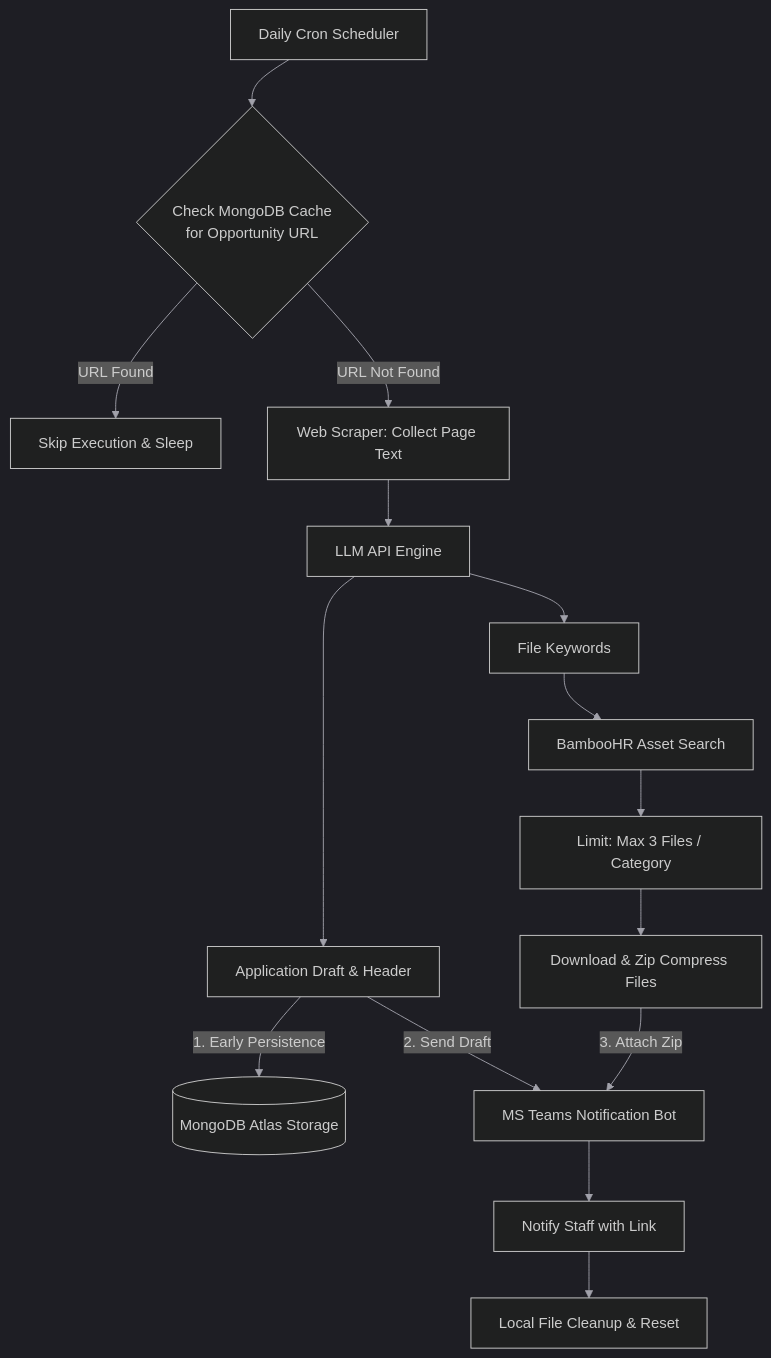
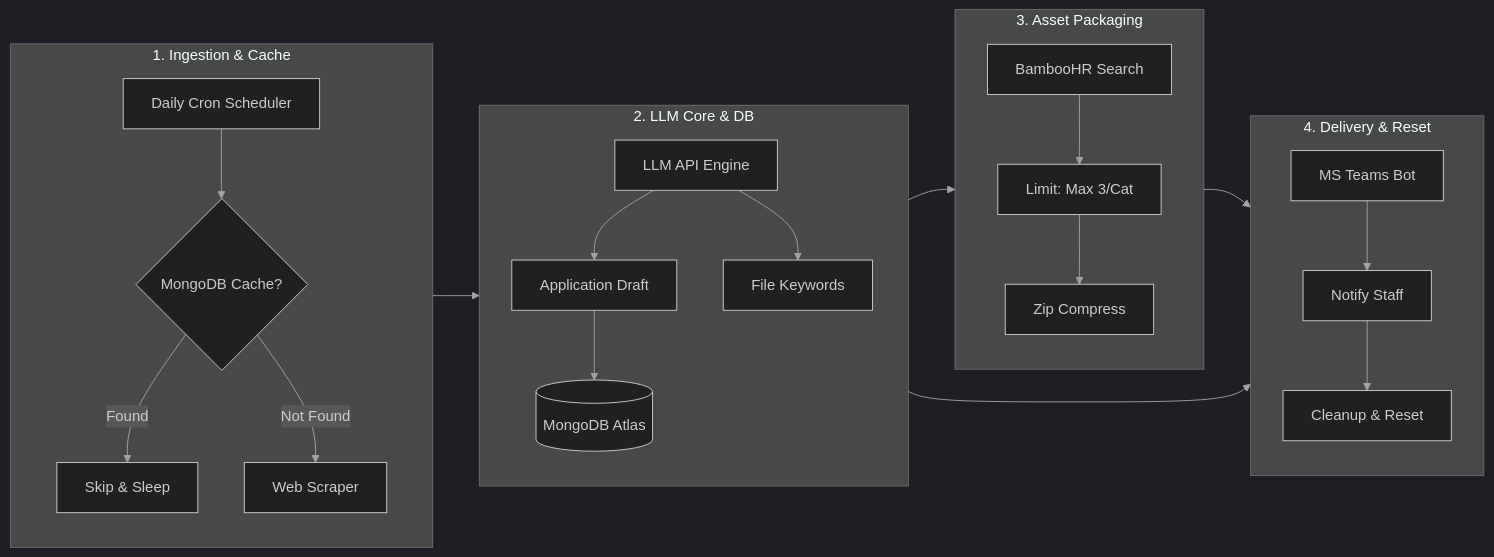
The diagram in Agentic-AI-system/README.md (wevans02/Meta-Employment-Services-Internship), drawn with Mermaid before and after one commit.

Commit message:
reverting to old formatting

````diff
--- a/Agentic-AI-system/README.md
+++ b/Agentic-AI-system/README.md
@@ -7,27 +7,37 @@
 ```mermaid
 %%{init: { 'theme': 'dark', 'themeVariables': { 'lineColor': '#a1a1aa', 'labelColor': '#ffffff', 'primaryColor': '#1e293b', 'primaryTextColor': '#ffffff', 'actorLineColor': '#ffffff' }}}%%
-graph TD
-    %% Left Side: Ingestion & Core Generation
-    Cron[Daily Cron Scheduler] --> CheckCache{Check MongoDB Cache<br/>for Opportunity URL}
-    CheckCache -->|URL Found| Skip[Skip Execution & Sleep]
-    CheckCache -->|URL Not Found| Scraper[Web Scraper: Collect Page Text]
-    
-    Scraper --> LLM[LLM API Engine]
-    LLM --> Draft[Application Draft & Header]
-    LLM --> Keywords[File Keywords]
-    Draft -->|1. Early Persistence| Mongo[(MongoDB Atlas Storage)]
+graph LR
+    %% Column 1: Ingestion & Deduplication
+    subgraph Ingestion [1. Ingestion & Cache]
+        direction TB
+        Cron[Daily Cron Scheduler] --> CheckCache{MongoDB Cache?}
+        CheckCache -->|Found| Skip[Skip & Sleep]
+        CheckCache -->|Not Found| Scraper[Web Scraper]
+    end
 
-    %% Side-by-Side Anchor (Invisible link forces 2-column alignment)
-    Cron ~~~ Bamboo
+    %% Column 2: LLM Engine & Early Storage
+    subgraph Core [2. LLM Core & DB]
+        direction TB
+        Scraper --> LLM[LLM API Engine]
+        LLM --> Draft[Application Draft]
+        LLM --> Keywords[File Keywords]
+        Draft --> Mongo[(MongoDB Atlas)]
+    end
 
-    %% Right Side: Asset Search, Delivery & Cleanup
-    Keywords --> Bamboo[BambooHR Asset Search]
-    Bamboo --> Limit[Limit: Max 3 Files / Category]
-    Limit --> Zip[Download & Zip Compress Files]
-    
-    Draft -->|2. Send Draft| Teams[MS Teams Notification Bot]
-    Zip -->|3. Attach Zip| Teams
-    
-    Teams --> Notify[Notify Staff with Link]
-    Notify --> Cleanup[Local File Cleanup & Reset]
+    %% Column 3: Asset Packaging
+    subgraph Packaging [3. Asset Packaging]
+        direction TB
+        Keywords --> Bamboo[BambooHR Search]
+        Bamboo --> Limit[Limit: Max 3/Cat]
+        Limit --> Zip[Zip Compress]
+    end
+
+    %% Column 4: Delivery & Cleanup
+    subgraph Delivery [4. Delivery & Reset]
+        direction TB
+        Draft --> Teams[MS Teams Bot]
+        Zip --> Teams
+        Teams --> Notify[Notify Staff]
+        Notify --> Cleanup[Cleanup & Reset]
+    end
 ```
````
